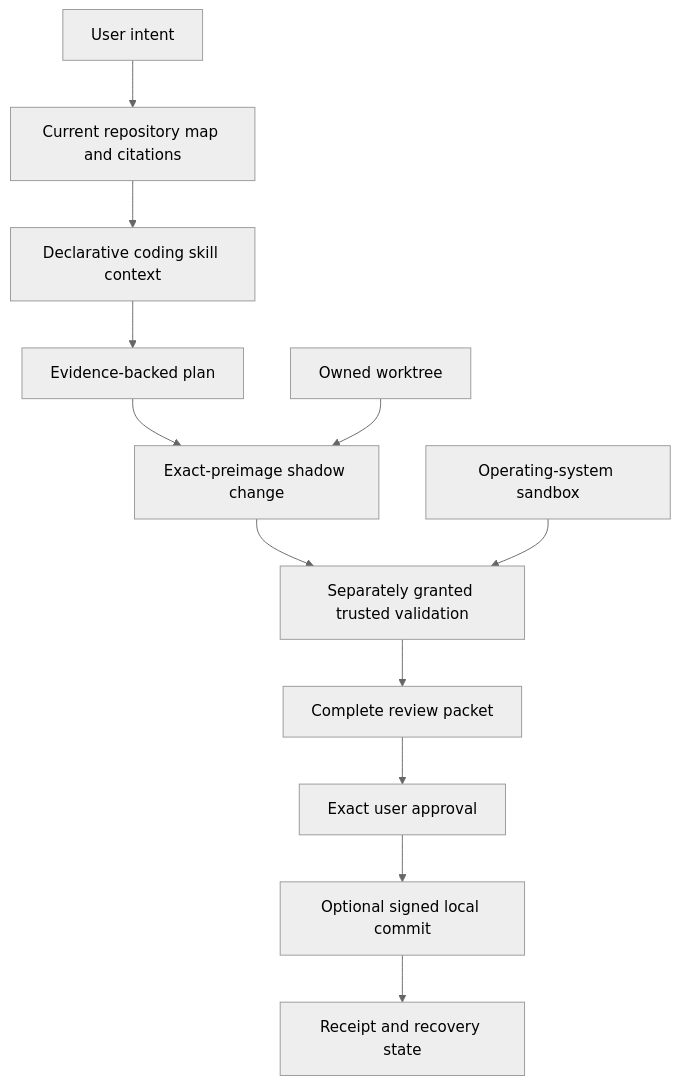
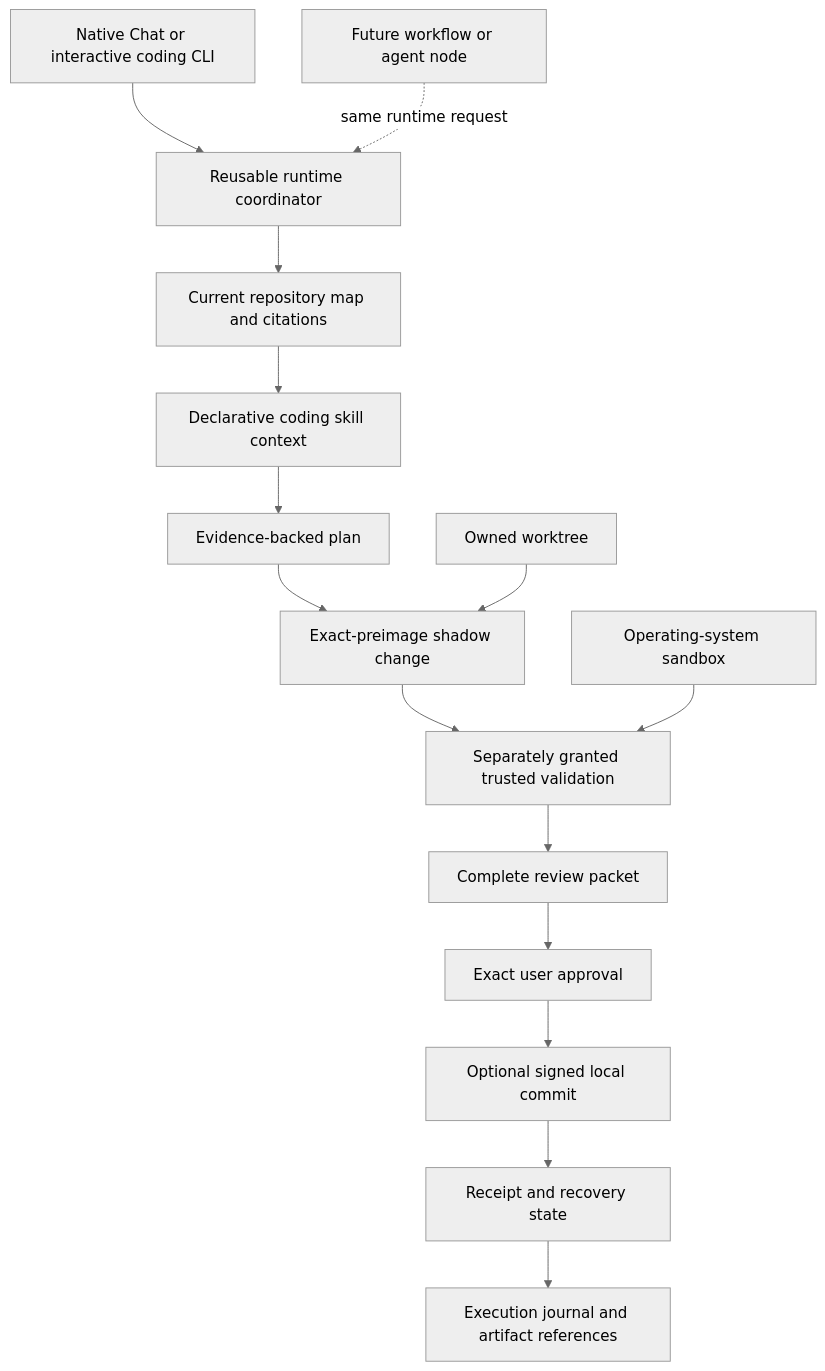
One commit to AaronNHorvitz/AgentMage changed the second of 2 diagrams in docs/architecture/coding-skills-and-release-boundary.md. Above: the diagram before and after it, drawn with Mermaid (neutral theme). The commit also changed other lines of this file and 13 other files, not shown here.

Commit message:
docs(planning): integrate reusable coding harness roadmap

````diff
--- a/docs/architecture/coding-skills-and-release-boundary.md
+++ b/docs/architecture/coding-skills-and-release-boundary.md
@@ -40,14 +40,17 @@
 ```mermaid
 flowchart TD
-    I["User intent"] --> M["Current repository map and citations"]
+    I["Native Chat or interactive coding CLI"] --> RT["Reusable runtime coordinator"]
+    RT --> M["Current repository map and citations"]
     M --> S["Declarative coding skill context"]
     S --> P["Evidence-backed plan"]
     P --> C["Exact-preimage shadow change"]
     C --> V["Separately granted trusted validation"]
-    V --> R["Complete review packet"]
-    R --> U["Exact user approval"]
+    V --> REV["Complete review packet"]
+    REV --> U["Exact user approval"]
     U --> L["Optional signed local commit"]
     L --> Q["Receipt and recovery state"]
+    Q --> J["Execution journal and artifact references"]
     W["Owned worktree"] --> C
     OS["Operating-system sandbox"] --> V
+    F["Future workflow or agent node"] -. "same runtime request" .-> RT
 ```
````
